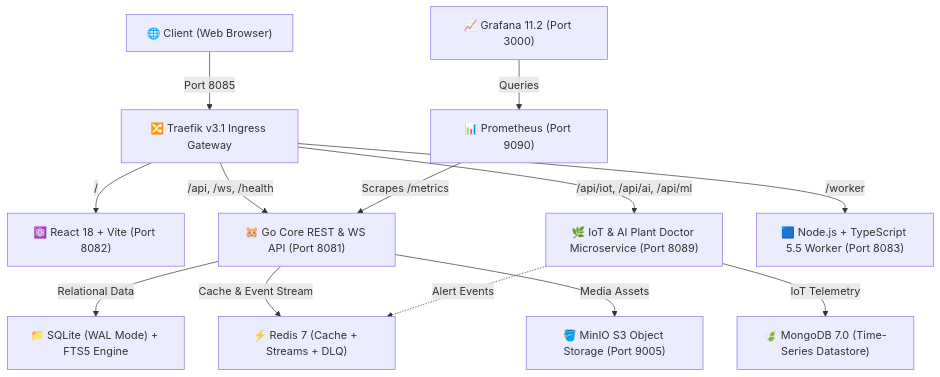
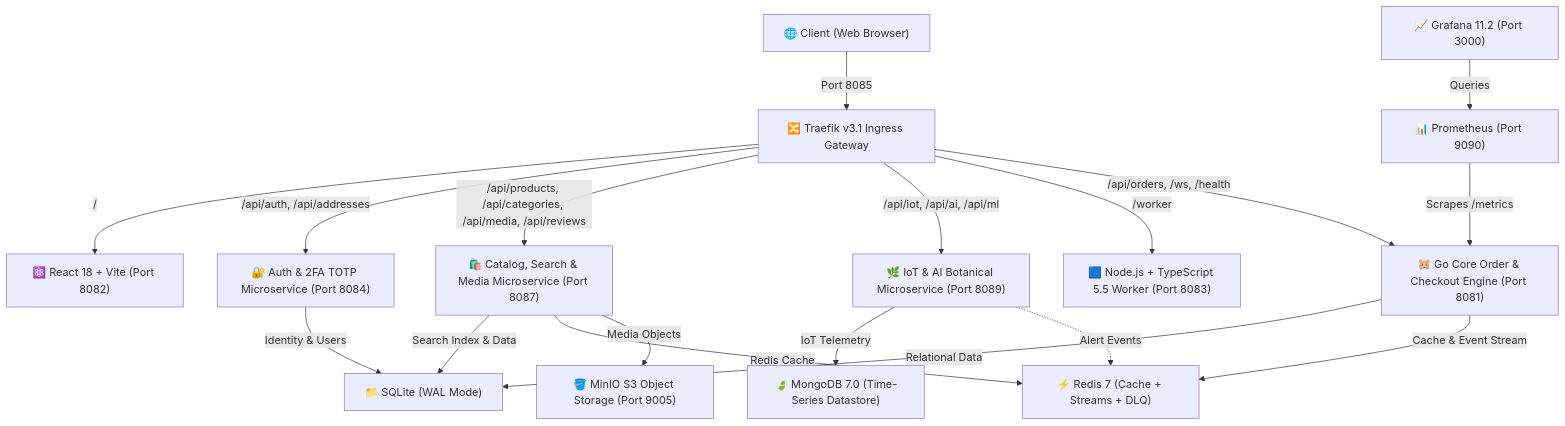
Before and after one commit to iftakhar-323/kather_baksho: the diagram in README.md, drawn with Mermaid. The commit also changed other lines of this file and 42 other files, not shown here.

Commit message:
feat(microservices): decompose platform into autonomous Catalog and Auth microservices with Traefik routing

````diff
--- a/README.md
+++ b/README.md
@@ -122,18 +130,23 @@
 ```mermaid
 flowchart TD
     Client["🌐 Client (Web Browser)"] -->|Port 8085| Traefik["🔀 Traefik v3.1 Ingress Gateway"]
     
     Traefik -->|/| Frontend["⚛️ React 18 + Vite (Port 8082)"]
-    Traefik -->|/api, /ws, /health| Backend["🐹 Go Core REST & WS API (Port 8081)"]
-    Traefik -->|/api/iot, /api/ai, /api/ml| IoTMicro["🌿 IoT & AI Plant Doctor Microservice (Port 8089)"]
+    Traefik -->|/api/auth, /api/addresses| AuthMicro["🔐 Auth & 2FA TOTP Microservice (Port 8084)"]
+    Traefik -->|/api/products, /api/categories, /api/media, /api/reviews| CatalogMicro["🛍️ Catalog, Search & Media Microservice (Port 8087)"]
+    Traefik -->|/api/iot, /api/ai, /api/ml| IoTMicro["🌿 IoT & AI Botanical Microservice (Port 8089)"]
     Traefik -->|/worker| Worker["🟦 Node.js + TypeScript 5.5 Worker (Port 8083)"]
+    Traefik -->|/api/orders, /ws, /health| Backend["🐹 Go Core Order & Checkout Engine (Port 8081)"]
     
-    Backend -->|Relational Data| SQLite["📁 SQLite (WAL Mode) + FTS5 Engine"]
-    Backend -->|Cache & Event Stream| Redis["⚡ Redis 7 (Cache + Streams + DLQ)"]
+    Backend -->|Relational Data| SQLite["📁 SQLite (WAL Mode)"]
+    CatalogMicro -->|Search Index & Data| SQLite
+    AuthMicro -->|Identity & Users| SQLite
+    CatalogMicro -->|Redis Cache| Redis["⚡ Redis 7 (Cache + Streams + DLQ)"]
+    CatalogMicro -->|Media Objects| MinIO["🪣 MinIO S3 Object Storage (Port 9005)"]
     IoTMicro -->|IoT Telemetry| Mongo["🍃 MongoDB 7.0 (Time-Series Datastore)"]
     IoTMicro -.->|Alert Events| Redis
-    Backend -->|Media Assets| MinIO["🪣 MinIO S3 Object Storage (Port 9005)"]
+    Backend -->|Cache & Event Stream| Redis
     
     Prometheus["📊 Prometheus (Port 9090)"] -->|Scrapes /metrics| Backend
     Grafana["📈 Grafana 11.2 (Port 3000)"] -->|Queries| Prometheus
 ```
````
